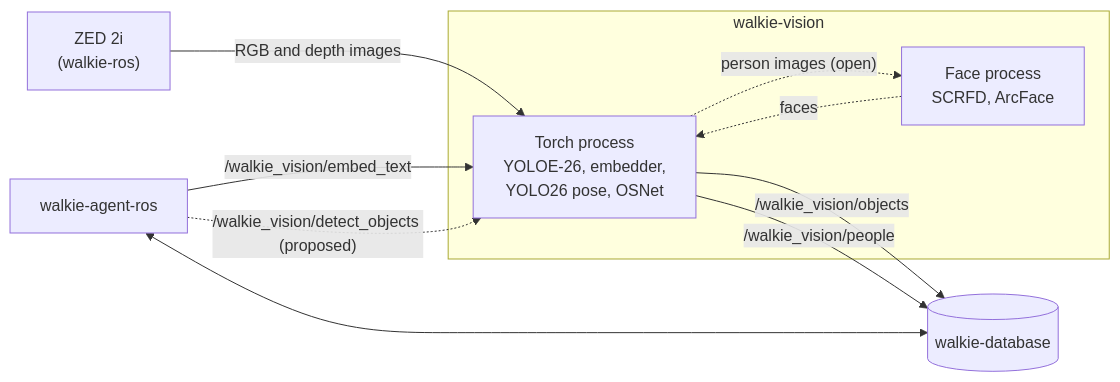
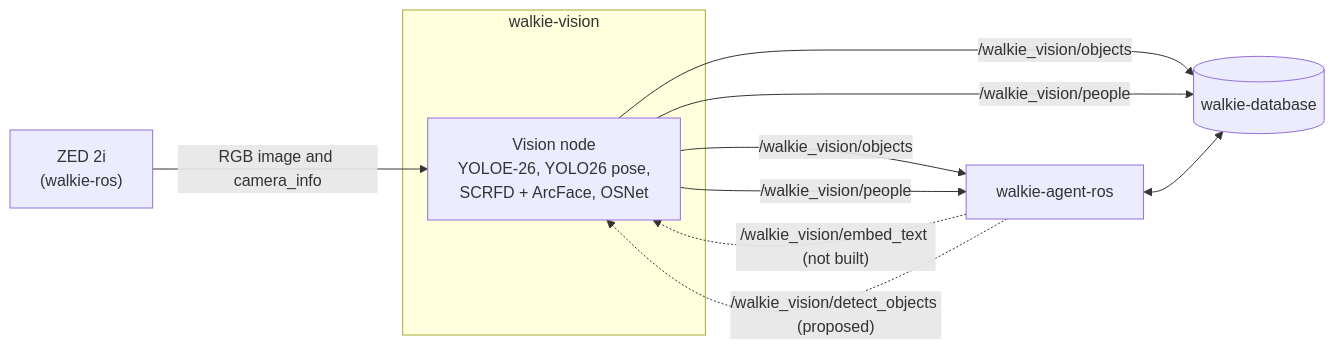
Before and after one commit to EIC-Robocup-2026/walkie-vision: the first of 3 diagrams in docs/architecture/vision.md, drawn with Mermaid. The commit also changed other lines of this file and 6 other files, not shown here.

First line of the commit message:
docs: run the face models in the torch process (adr-0010)

````diff
--- a/docs/architecture/vision.md
+++ b/docs/architecture/vision.md
@@ -39,19 +43,18 @@
 ```mermaid
 flowchart LR
   zed["ZED 2i<br/>(walkie-ros)"]
   subgraph vision["walkie-vision"]
-    torch["Torch process<br/>YOLOE-26, embedder,<br/>YOLO26 pose, OSNet"]
-    face["Face process<br/>SCRFD, ArcFace"]
+    node["Vision node<br/>YOLOE-26, YOLO26 pose,<br/>SCRFD + ArcFace, OSNet"]
   end
   db[("walkie-database")]
   agent["walkie-agent-ros"]
 
-  zed -- "RGB and depth images" --> torch
-  torch -. "person images (open)" .-> face
-  face -. "faces" .-> torch
-  torch -- "/walkie_vision/objects" --> db
-  torch -- "/walkie_vision/people" --> db
-  agent -- "/walkie_vision/embed_text" --> torch
-  agent -. "/walkie_vision/detect_objects (proposed)" .-> torch
+  zed -- "RGB image and camera_info" --> node
+  node -- "/walkie_vision/objects" --> db
+  node -- "/walkie_vision/people" --> db
+  node -- "/walkie_vision/objects" --> agent
+  node -- "/walkie_vision/people" --> agent
+  agent -. "/walkie_vision/embed_text (not built)" .-> node
+  agent -. "/walkie_vision/detect_objects (proposed)" .-> node
   agent <--> db
 ```
````
